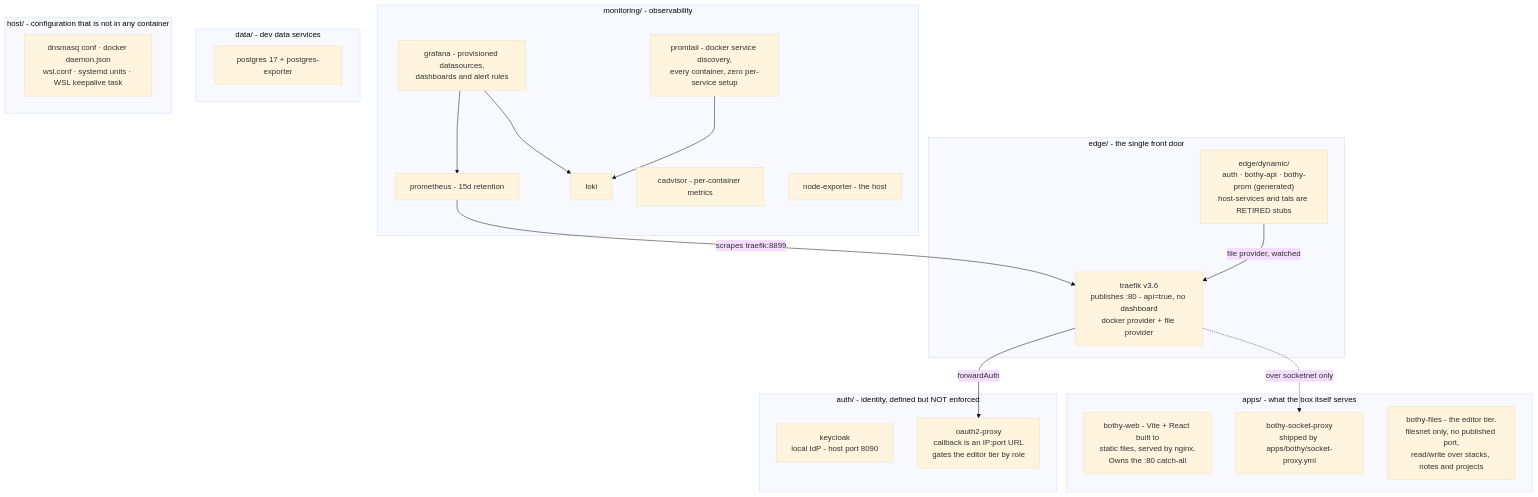
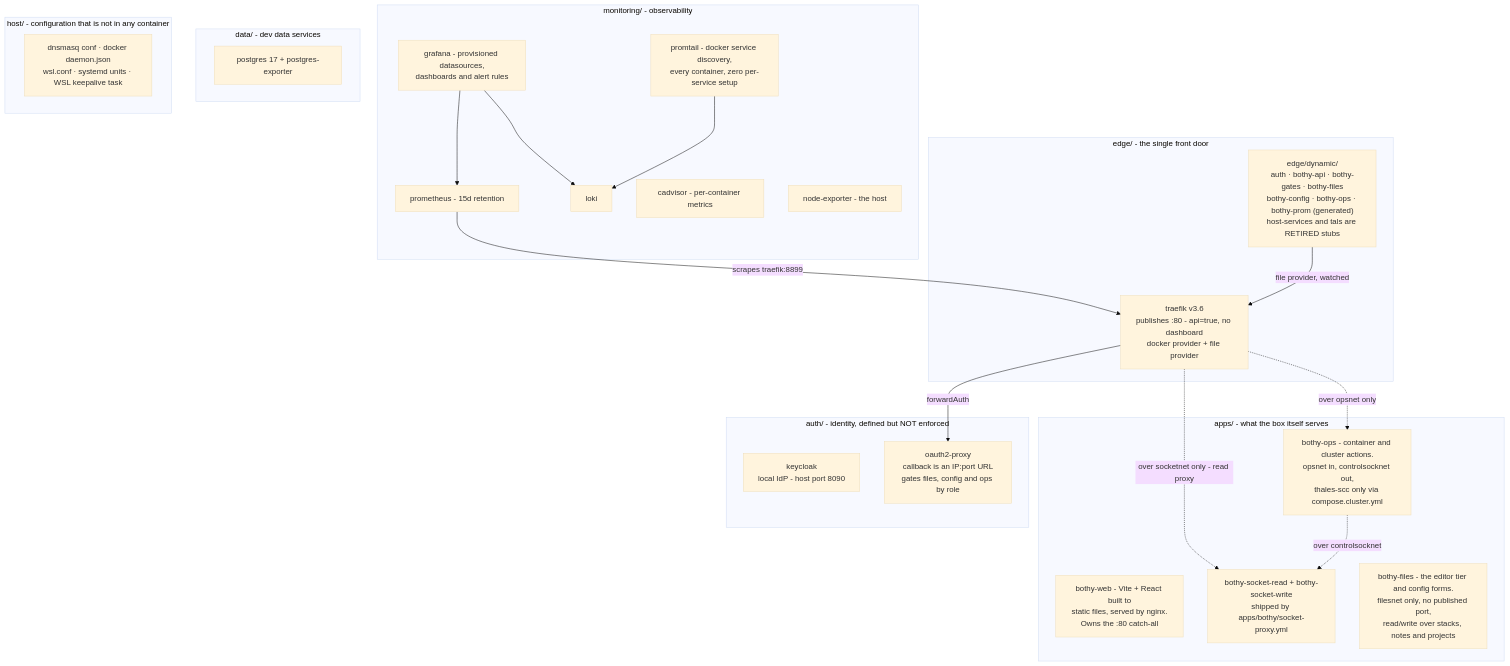
One commit to YehudaBriskman/Bothy changed the diagram in docs/diagrams/stacks.mmd. Above: the diagram before and after it, drawn with Mermaid (base theme). The commit also changed 18 other files, not shown here.

First line of the commit message:
docs: SECURITY, ARCHITECTURE, guide, README and diagrams describe five containers

```diff
--- a/docs/diagrams/stacks.mmd
+++ b/docs/diagrams/stacks.mmd
@@ -1,41 +1,44 @@
 flowchart TB
     subgraph s_edge["edge/ - the single front door"]
         TRAEFIK["traefik v3.6<br/>publishes :80 - api=true, no dashboard<br/>docker provider + file provider"]
-        DYN["edge/dynamic/<br/>auth · bothy-api · bothy-prom (generated)<br/>host-services and tals are RETIRED stubs"]
+        DYN["edge/dynamic/<br/>auth · bothy-api · bothy-gates · bothy-files<br/>bothy-config · bothy-ops · bothy-prom (generated)<br/>host-services and tals are RETIRED stubs"]
     end
 
     subgraph s_auth["auth/ - identity, defined but NOT enforced"]
         KC["keycloak<br/>local IdP - host port 8090"]
-        OAUTH["oauth2-proxy<br/>callback is an IP:port URL<br/>gates the editor tier by role"]
+        OAUTH["oauth2-proxy<br/>callback is an IP:port URL<br/>gates files, config and ops by role"]
     end
 
     subgraph s_mon["monitoring/ - observability"]
         PROM["prometheus - 15d retention"]
         GRAF["grafana - provisioned datasources,<br/>dashboards and alert rules"]
         LOKI["loki"]
         PTAIL["promtail - docker service discovery,<br/>every container, zero per-service setup"]
         CADV["cadvisor - per-container metrics"]
         NEXP["node-exporter - the host"]
     end
 
     subgraph s_data["data/ - dev data services"]
         PG["postgres 17 + postgres-exporter"]
     end
 
     subgraph s_apps["apps/ - what the box itself serves"]
         PNEXT["bothy-web - Vite + React built to<br/>static files, served by nginx.<br/>Owns the :80 catch-all"]
-        PSOCK["bothy-socket-proxy<br/>shipped by apps/bothy/socket-proxy.yml"]
-        PFILES["bothy-files - the editor tier.<br/>filesnet only, no published port,<br/>read/write over stacks, notes and projects"]
+        PSOCK["bothy-socket-read + bothy-socket-write<br/>shipped by apps/bothy/socket-proxy.yml"]
+        PFILES["bothy-files - the editor tier and config forms.<br/>filesnet only, no published port,<br/>read/write over stacks, notes and projects"]
+        POPS["bothy-ops - container and cluster actions.<br/>opsnet in, controlsocknet out,<br/>thales-scc only via compose.cluster.yml"]
     end
 
     subgraph s_host["host/ - configuration that is not in any container"]
         HOSTF["dnsmasq conf · docker daemon.json<br/>wsl.conf · systemd units · WSL keepalive task"]
     end
 
     DYN -->|"file provider, watched"| TRAEFIK
     TRAEFIK -->|"forwardAuth"| OAUTH
-    TRAEFIK -.->|"over socketnet only"| PSOCK
+    TRAEFIK -.->|"over socketnet only - read proxy"| PSOCK
+    TRAEFIK -.->|"over opsnet only"| POPS
+    POPS -.->|"over controlsocknet"| PSOCK
     PTAIL --> LOKI
     GRAF --> PROM
     GRAF --> LOKI
     PROM -->|"scrapes traefik:8899"| TRAEFIK
```
